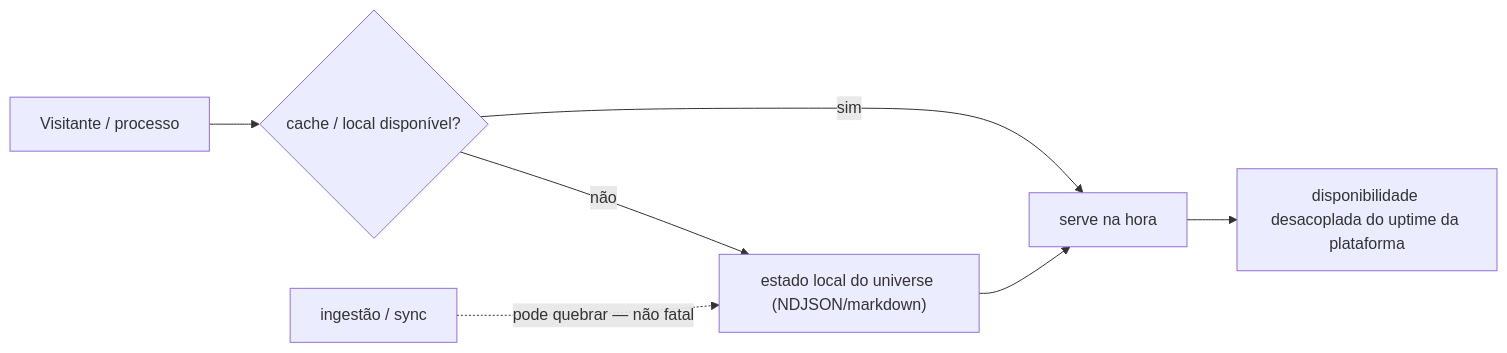
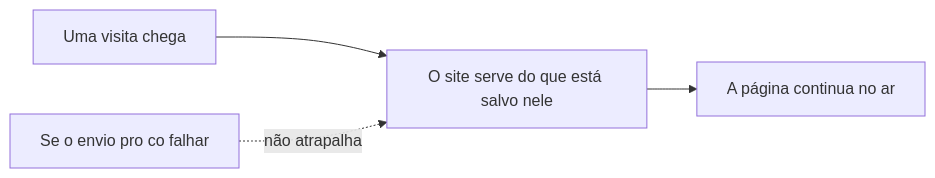
The fifth of 6 diagrams in docs/intelligence-as-a-service.pt.md (artelonga/ArteLonga), drawn with Mermaid before and after one commit. The commit also changed other lines of this file and 43 other files, not shown here.

First line of the commit message:
feat(docs): diagramas simples e legíveis (sem jargão) em todas as docs (#89)

````diff
--- a/docs/intelligence-as-a-service.pt.md
+++ b/docs/intelligence-as-a-service.pt.md
@@ -227,9 +205,6 @@
 ```mermaid
 flowchart LR
-  V["Visitante / processo"] --> Q{"cache / local disponível?"}
-  Q -->|sim| SERVE["serve na hora"]
-  Q -->|não| LOCAL["estado local do universe (NDJSON/markdown)"]
-  LOCAL --> SERVE
-  INGEST["ingestão / sync"] -. "pode quebrar — não fatal" .-> LOCAL
-  SERVE --> NOTE["disponibilidade desacoplada do uptime da plataforma"]
+  V["Uma visita chega"] --> S["O site serve do que está salvo nele"]
+  X["Se o envio pro co falhar"] -. "não atrapalha" .-> S
+  S --> OK["A página continua no ar"]
 ```
````
